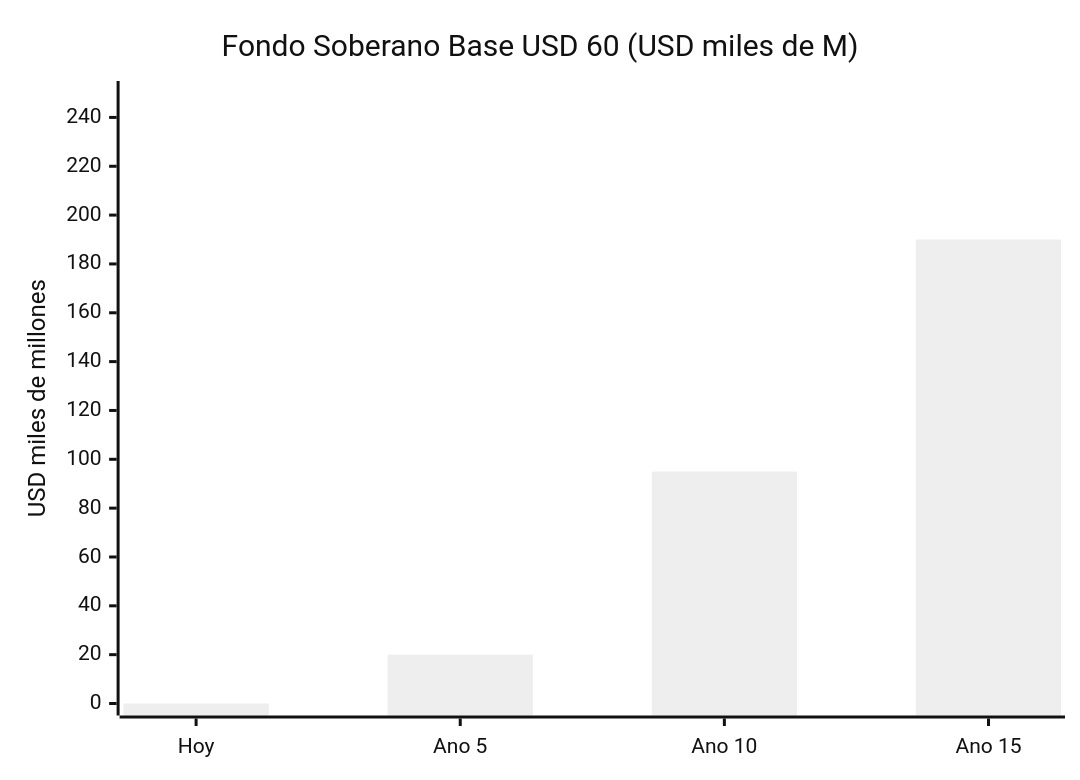
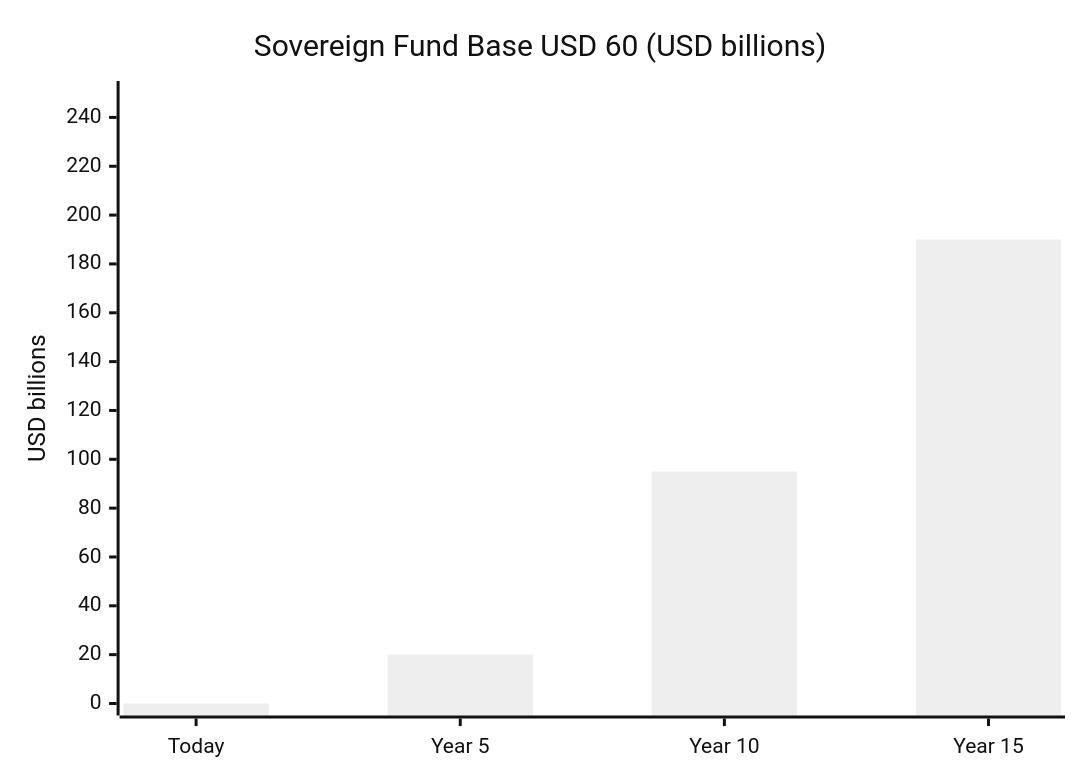
Before and after one commit to Venezuela-S-A/venezuela-sa: the second of 3 diagrams in i18n/en/docusaurus-plugin-content-docs/current/07-ejecucion/proyecciones.md, drawn with Mermaid (neutral theme). The commit also changed other lines of this file and 127 other files, not shown here.

````diff
--- a/i18n/en/docusaurus-plugin-content-docs/current/07-ejecucion/proyecciones.md
+++ b/i18n/en/docusaurus-plugin-content-docs/current/07-ejecucion/proyecciones.md
@@ -16,7 +16,7 @@
 ```mermaid
 xychart-beta
-    title "Fondo Soberano Base USD 60 (USD miles de M)"
-    x-axis ["Hoy", "Ano 5", "Ano 10", "Ano 15"]
-    y-axis "USD miles de millones" 0 --> 250
+    title "Sovereign Fund Base USD 60 (USD billions)"
+    x-axis ["Today", "Year 5", "Year 10", "Year 15"]
+    y-axis "USD billions" 0 --> 250
     bar [0, 20, 95, 190]
 ```
````
